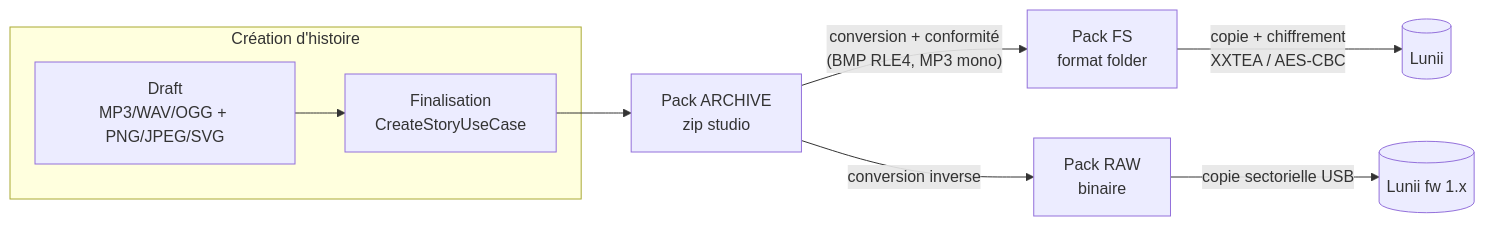
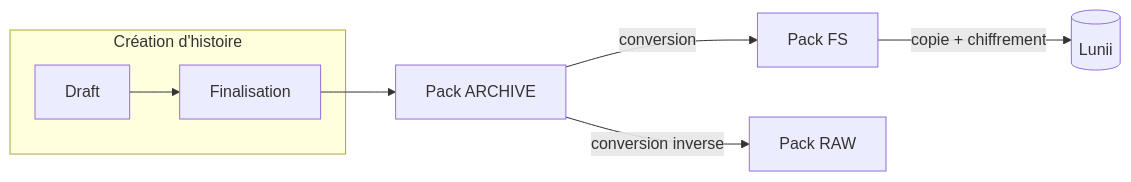
One commit to MaxLassort/story-unchained changed the second of 2 diagrams in doc/format/README.md. Above: the diagram before and after it, drawn with Mermaid. The commit also changed other lines of this file and 22 other files, not shown here.

````diff
--- a/doc/format/README.md
+++ b/doc/format/README.md
@@ -73,11 +62,10 @@
 ```mermaid
 flowchart LR
     subgraph creation [Création d'histoire]
-        D[Draft<br/>MP3/WAV/OGG + PNG/JPEG/SVG] --> F[Finalisation<br/>CreateStoryUseCase]
+        D[Draft] --> F[Finalisation]
     end
-    F --> A[Pack ARCHIVE<br/>zip studio]
-    A -- "conversion + conformité<br/>(BMP RLE4, MP3 mono)" --> FS[Pack FS<br/>format folder]
-    FS -- "copie + chiffrement<br/>XXTEA / AES-CBC" --> DEV[(Lunii)]
-    A -- conversion inverse --> RAW[Pack RAW<br/>binaire]
-    RAW -- copie sectorielle USB --> DEV2[(Lunii fw 1.x)]
+    F --> A[Pack ARCHIVE]
+    A -- "conversion" --> FS[Pack FS]
+    FS -- "copie + chiffrement" --> DEV[(Lunii)]
+    A -- conversion inverse --> RAW[Pack RAW]
 ```
````
